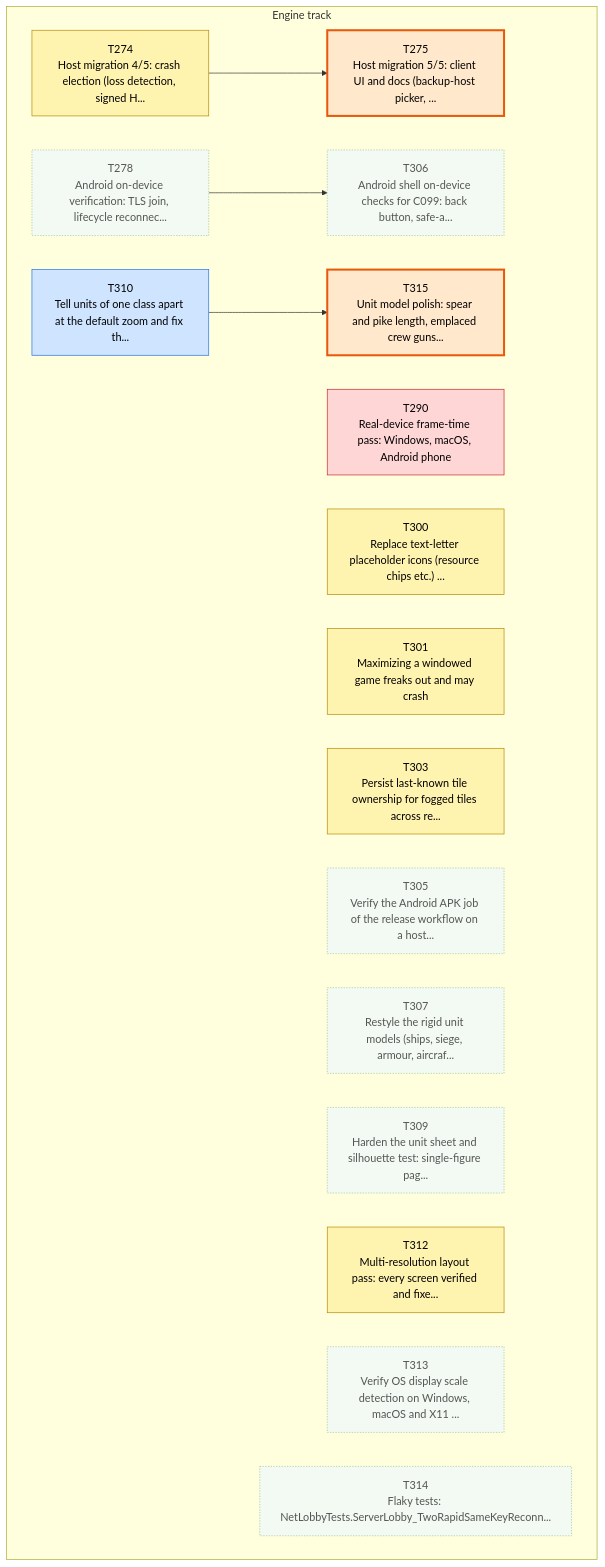
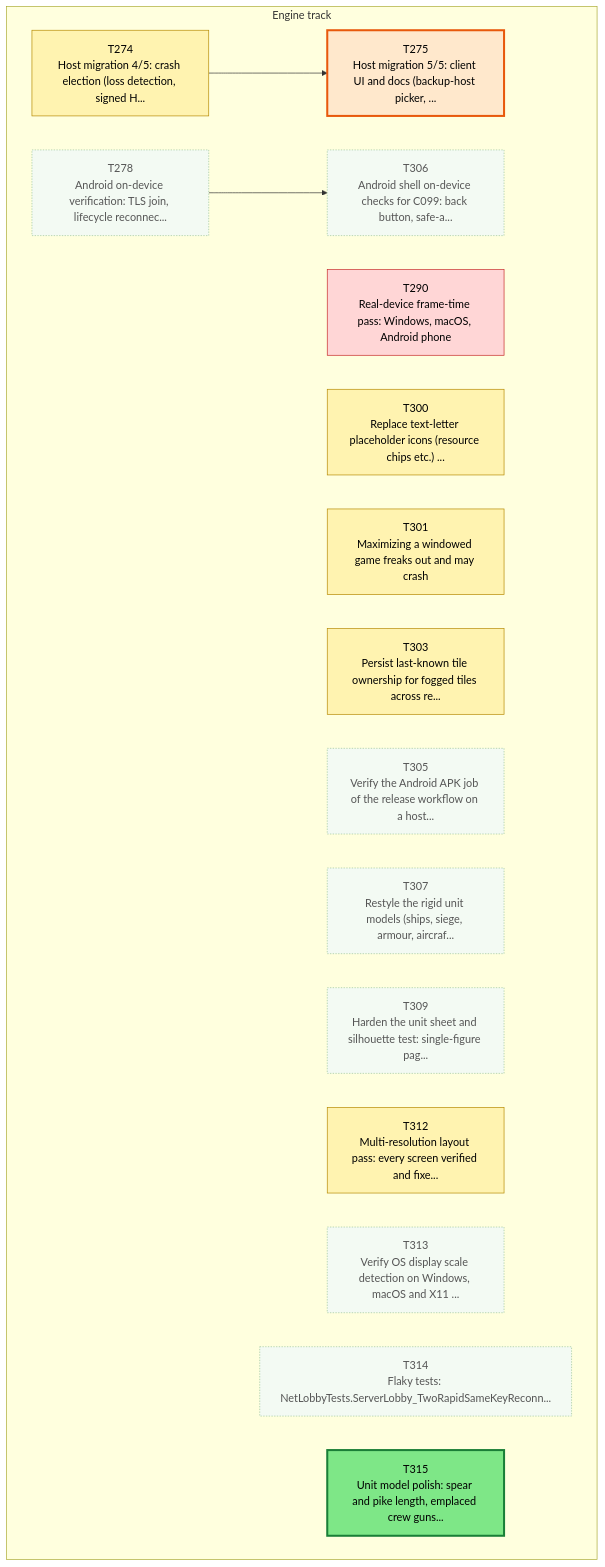
Before and after one commit to Kenmura/Unciv: the first of 3 diagrams in csharp/migration/DEPENDENCY_MAP.md, drawn with Mermaid. The commit also changed other lines of this file and 1 other file, not shown here.

````diff
--- a/csharp/migration/DEPENDENCY_MAP.md
+++ b/csharp/migration/DEPENDENCY_MAP.md
@@ -35,47 +35,44 @@
 ```mermaid
 flowchart TD
   subgraph TTRACK["Engine track"]
     T274["T274<br/>Host migration 4/5: crash election (loss detection, signed H..."]
     T275["T275<br/>Host migration 5/5: client UI and docs (backup-host picker, ..."]
     T278["T278<br/>Android on-device verification: TLS join, lifecycle reconnec..."]
     T290["T290<br/>Real-device frame-time pass: Windows, macOS, Android phone"]
     T300["T300<br/>Replace text-letter placeholder icons (resource chips etc.) ..."]
     T301["T301<br/>Maximizing a windowed game freaks out and may crash"]
     T303["T303<br/>Persist last-known tile ownership for fogged tiles across re..."]
     T305["T305<br/>Verify the Android APK job of the release workflow on a host..."]
     T306["T306<br/>Android shell on-device checks for C099: back button, safe-a..."]
     T307["T307<br/>Restyle the rigid unit models (ships, siege, armour, aircraf..."]
     T309["T309<br/>Harden the unit sheet and silhouette test: single-figure pag..."]
-    T310["T310<br/>Tell units of one class apart at the default zoom and fix th..."]
     T312["T312<br/>Multi-resolution layout pass: every screen verified and fixe..."]
     T313["T313<br/>Verify OS display scale detection on Windows, macOS and X11 ..."]
     T314["T314<br/>Flaky tests: NetLobbyTests.ServerLobby_TwoRapidSameKeyReconn..."]
     T315["T315<br/>Unit model polish: spear and pike length, emplaced crew guns..."]
   end
   T274 --> T275
   T278 --> T306
-  T310 --> T315
   classDef waiting fill:#f3faf3,stroke:#9bc49b,color:#555,stroke-dasharray:2 2
   classDef ondeck fill:#ffe8cc,stroke:#e8590c,stroke-width:3px,color:#000
   classDef ready fill:#7ee787,stroke:#1a7f37,stroke-width:3px,color:#000
   classDef prog fill:#fff3b0,stroke:#b58900,color:#000
   classDef review fill:#cfe4ff,stroke:#1f6feb,color:#000
   classDef blocked fill:#ffd6d6,stroke:#c62828,color:#000
   classDef done fill:#eeeeee,stroke:#999999,color:#666,stroke-dasharray:4 3
   class T274 prog
   class T275 ondeck
   class T278 waiting
   class T290 blocked
   class T300 prog
   class T301 prog
   class T303 prog
   class T305 waiting
   class T306 waiting
   class T307 waiting
   class T309 waiting
-  class T310 review
   class T312 prog
   class T313 waiting
   class T314 waiting
-  class T315 ondeck
+  class T315 ready
 ```
````
